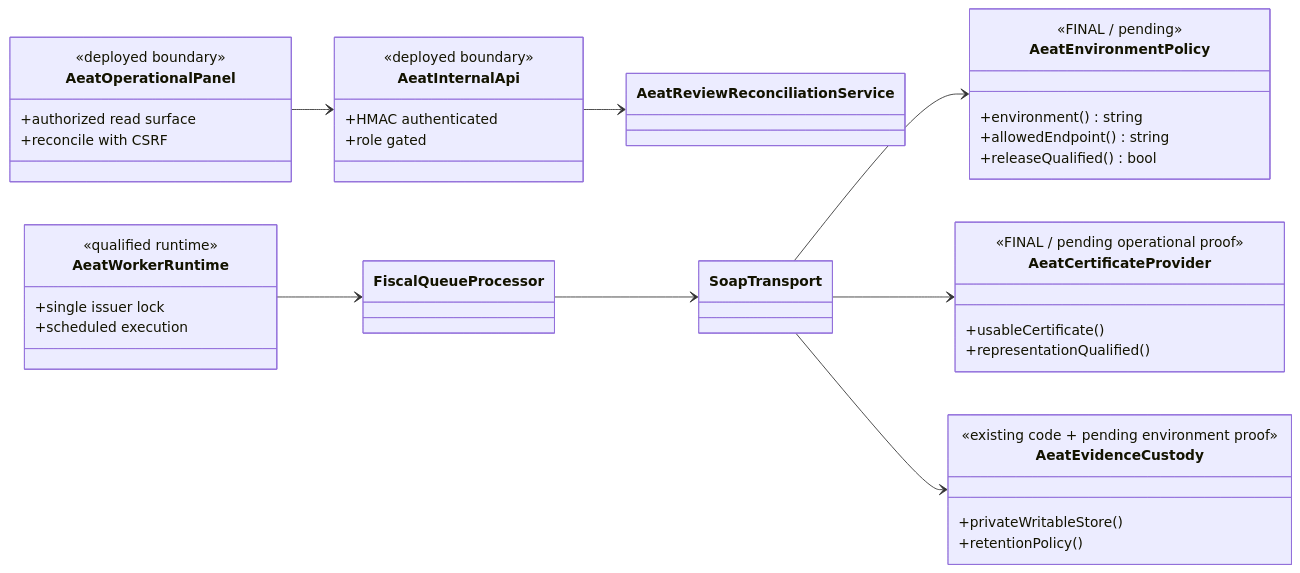
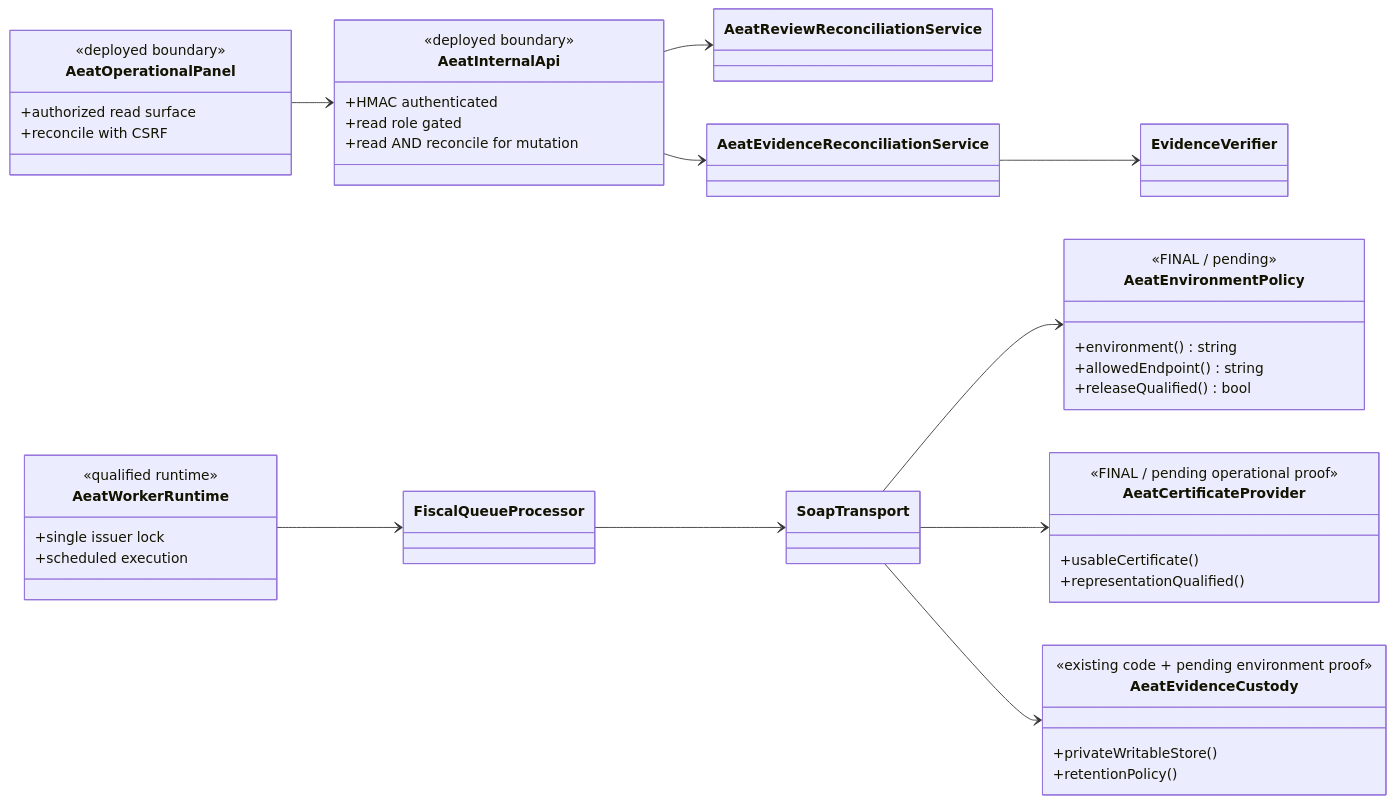
The second of 3 diagrams in documentacio/07-uml-integrat/uc-009-classes-actual-final.md (orgmeriemprismacat-del/verifactu), drawn with Mermaid before and after one commit. The commit also changed other lines of this file, not shown here.

Commit message:
docs(UC-009): reconciliar classes amb evidence i doble rol

````diff
--- a/documentacio/07-uml-integrat/uc-009-classes-actual-final.md
+++ b/documentacio/07-uml-integrat/uc-009-classes-actual-final.md
@@ -171,47 +181,52 @@
 ```mermaid
 classDiagram
 direction LR
 
 class AeatOperationalPanel {
   <<deployed boundary>>
   +authorized read surface
   +reconcile with CSRF
 }
 class AeatInternalApi {
   <<deployed boundary>>
   +HMAC authenticated
-  +role gated
+  +read role gated
+  +read AND reconcile for mutation
 }
 class AeatWorkerRuntime {
   <<qualified runtime>>
   +single issuer lock
   +scheduled execution
 }
 class AeatEnvironmentPolicy {
   <<FINAL / pending>>
   +environment() string
   +allowedEndpoint() string
   +releaseQualified() bool
 }
 class AeatCertificateProvider {
   <<FINAL / pending operational proof>>
   +usableCertificate()
   +representationQualified()
 }
 class AeatEvidenceCustody {
   <<existing code + pending environment proof>>
   +privateWritableStore()
   +retentionPolicy()
 }
 class FiscalQueueProcessor
 class AeatReviewReconciliationService
+class AeatEvidenceReconciliationService
+class EvidenceVerifier
 class SoapTransport
 
 AeatOperationalPanel --> AeatInternalApi
 AeatInternalApi --> AeatReviewReconciliationService
+AeatInternalApi --> AeatEvidenceReconciliationService
+AeatEvidenceReconciliationService --> EvidenceVerifier
 AeatWorkerRuntime --> FiscalQueueProcessor
 FiscalQueueProcessor --> SoapTransport
 SoapTransport --> AeatEnvironmentPolicy
 SoapTransport --> AeatCertificateProvider
 SoapTransport --> AeatEvidenceCustody
 ```
````
